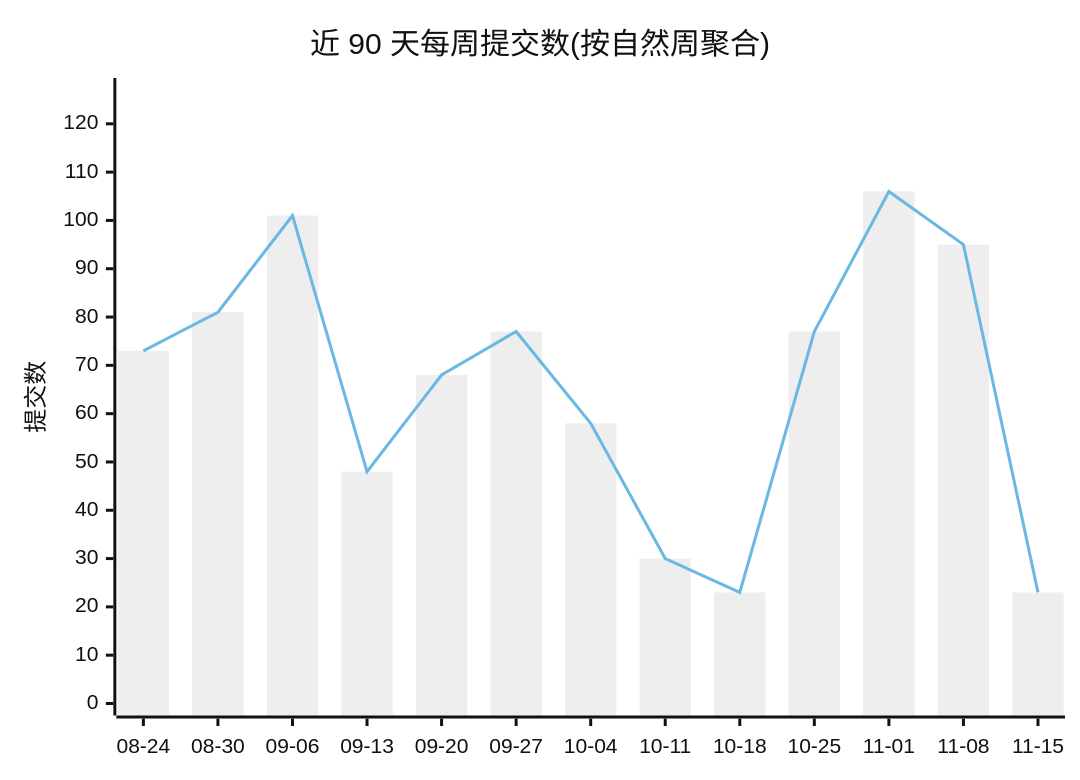
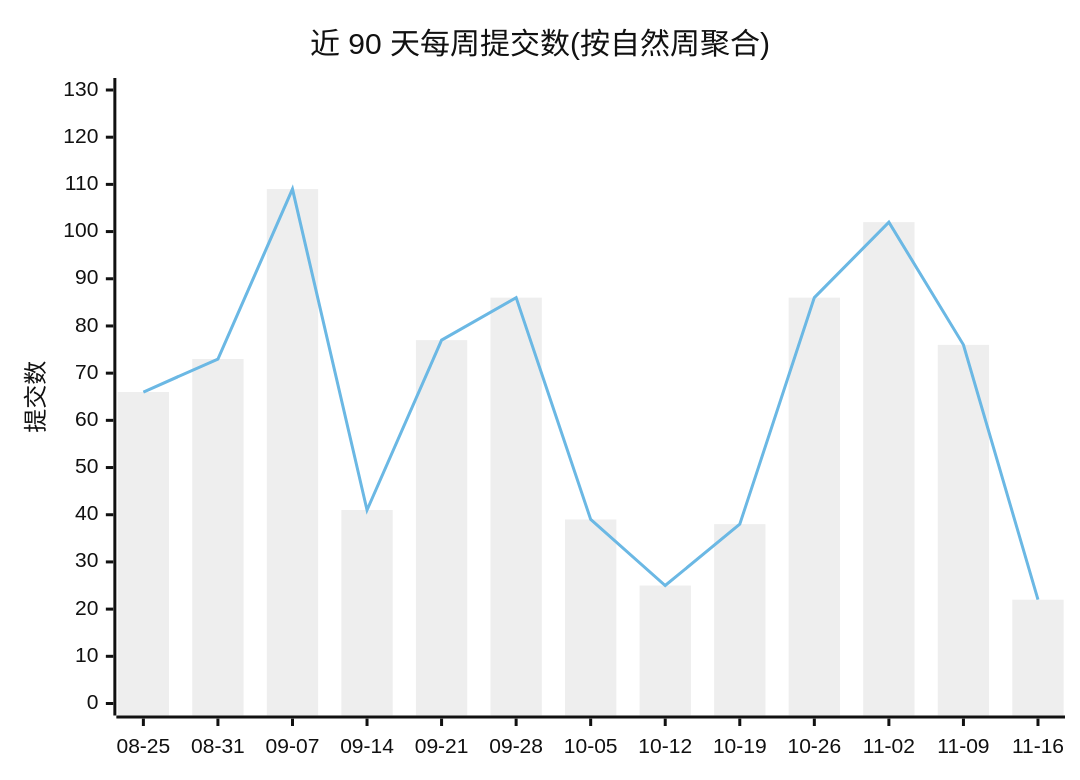
One commit to Conflux-Union/.github changed the first of 2 diagrams in profile/README.md. Above: the diagram before and after it, drawn with Mermaid (neutral theme). The commit also changed other lines of this file and 1 other file, not shown here.

````diff
--- a/profile/README.md
+++ b/profile/README.md
@@ -47,8 +47,8 @@
 ```mermaid
 xychart-beta
     title "近 90 天每周提交数(按自然周聚合)"
-    x-axis ["08-24", "08-30", "09-06", "09-13", "09-20", "09-27", "10-04", "10-11", "10-18", "10-25", "11-01", "11-08", "11-15"]
-    y-axis "提交数" 0 --> 127
-    bar [73, 81, 101, 48, 68, 77, 58, 30, 23, 77, 106, 95, 23]
-    line [73, 81, 101, 48, 68, 77, 58, 30, 23, 77, 106, 95, 23]
+    x-axis ["08-25", "08-31", "09-07", "09-14", "09-21", "09-28", "10-05", "10-12", "10-19", "10-26", "11-02", "11-09", "11-16"]
+    y-axis "提交数" 0 --> 130
+    bar [66, 73, 109, 41, 77, 86, 39, 25, 38, 86, 102, 76, 22]
+    line [66, 73, 109, 41, 77, 86, 39, 25, 38, 86, 102, 76, 22]
 ```
````
